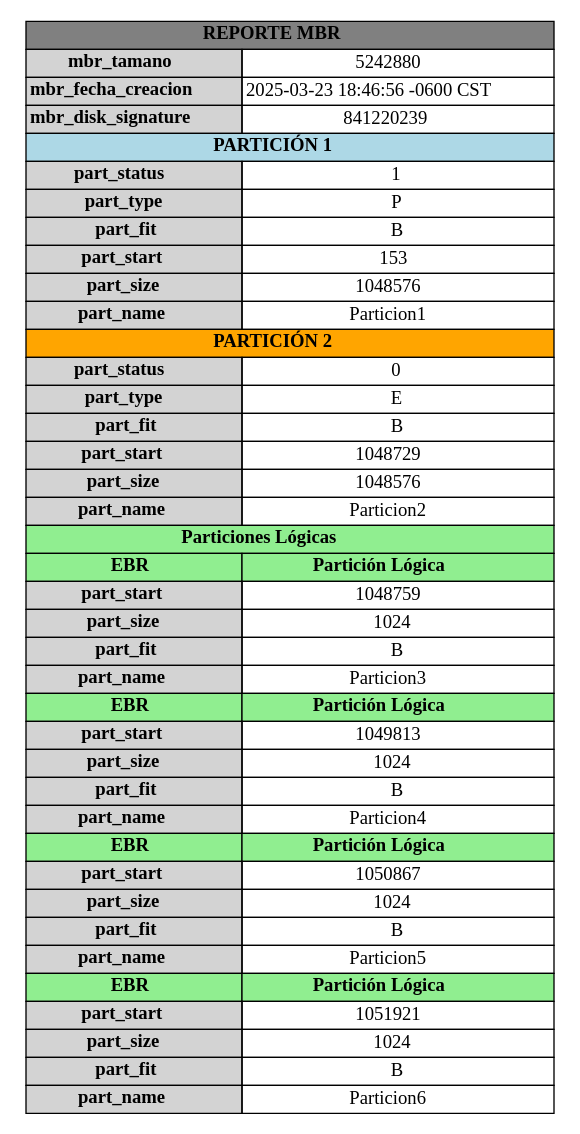
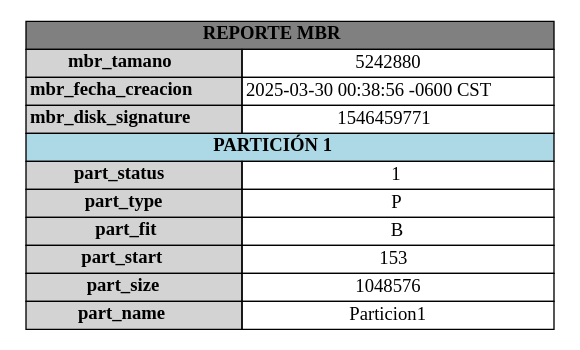
Before and after one commit to Ennero/MIA_1S2025_P1_202302220: the diagram in backend/output/report_mbr.dot, drawn with Graphviz. The commit also changed 23 other files, not shown here.

```diff
--- a/backend/output/report_mbr.dot
+++ b/backend/output/report_mbr.dot
@@ -1,49 +1,17 @@
 digraph G {
     node [shape=plaintext]
     tabla [label=<
         <table border="0" cellborder="1" cellspacing="0">
             <tr><td colspan="2" bgcolor="gray"><b> REPORTE MBR </b></td></tr>
             <tr><td bgcolor="lightgray"><b>mbr_tamano</b></td><td>5242880</td></tr>
-            <tr><td bgcolor="lightgray"><b>mbr_fecha_creacion</b></td><td>2025-03-23 18:46:56 -0600 CST</td></tr>
-            <tr><td bgcolor="lightgray"><b>mbr_disk_signature</b></td><td>841220239</td></tr>
+            <tr><td bgcolor="lightgray"><b>mbr_fecha_creacion</b></td><td>2025-03-30 00:38:56 -0600 CST</td></tr>
+            <tr><td bgcolor="lightgray"><b>mbr_disk_signature</b></td><td>1546459771</td></tr>
         
         <tr><td colspan="2" bgcolor="lightblue"><b> PARTICIÓN 1 </b></td></tr>
         <tr><td bgcolor="lightgray"><b>part_status</b></td><td>1</td></tr>
         <tr><td bgcolor="lightgray"><b>part_type</b></td><td>P</td></tr>
         <tr><td bgcolor="lightgray"><b>part_fit</b></td><td>B</td></tr>
         <tr><td bgcolor="lightgray"><b>part_start</b></td><td>153</td></tr>
         <tr><td bgcolor="lightgray"><b>part_size</b></td><td>1048576</td></tr>
         <tr><td bgcolor="lightgray"><b>part_name</b></td><td>Particion1</td></tr>
-    
-        <tr><td colspan="2" bgcolor="orange"><b> PARTICIÓN 2 </b></td></tr>
-        <tr><td bgcolor="lightgray"><b>part_status</b></td><td>0</td></tr>
-        <tr><td bgcolor="lightgray"><b>part_type</b></td><td>E</td></tr>
-        <tr><td bgcolor="lightgray"><b>part_fit</b></td><td>B</td></tr>
-        <tr><td bgcolor="lightgray"><b>part_start</b></td><td>1048729</td></tr>
-        <tr><td bgcolor="lightgray"><b>part_size</b></td><td>1048576</td></tr>
-        <tr><td bgcolor="lightgray"><b>part_name</b></td><td>Particion2</td></tr>
-    <tr><td colspan="2" bgcolor="lightgreen"><b> Particiones Lógicas </b></td></tr>
-					<tr><td bgcolor="lightgreen"><b>EBR</b></td><td bgcolor="lightgreen"><b>Partición Lógica</b></td></tr>
-                <tr><td bgcolor="lightgray"><b>part_start</b></td><td>1048759</td></tr>
-                <tr><td bgcolor="lightgray"><b>part_size</b></td><td>1024</td></tr>
-                <tr><td bgcolor="lightgray"><b>part_fit</b></td><td>B</td></tr>
-                <tr><td bgcolor="lightgray"><b>part_name</b></td><td>Particion3</td></tr>
-				
-					<tr><td bgcolor="lightgreen"><b>EBR</b></td><td bgcolor="lightgreen"><b>Partición Lógica</b></td></tr>
-                <tr><td bgcolor="lightgray"><b>part_start</b></td><td>1049813</td></tr>
-                <tr><td bgcolor="lightgray"><b>part_size</b></td><td>1024</td></tr>
-                <tr><td bgcolor="lightgray"><b>part_fit</b></td><td>B</td></tr>
-                <tr><td bgcolor="lightgray"><b>part_name</b></td><td>Particion4</td></tr>
-				
-					<tr><td bgcolor="lightgreen"><b>EBR</b></td><td bgcolor="lightgreen"><b>Partición Lógica</b></td></tr>
-                <tr><td bgcolor="lightgray"><b>part_start</b></td><td>1050867</td></tr>
-                <tr><td bgcolor="lightgray"><b>part_size</b></td><td>1024</td></tr>
-                <tr><td bgcolor="lightgray"><b>part_fit</b></td><td>B</td></tr>
-                <tr><td bgcolor="lightgray"><b>part_name</b></td><td>Particion5</td></tr>
-				
-					<tr><td bgcolor="lightgreen"><b>EBR</b></td><td bgcolor="lightgreen"><b>Partición Lógica</b></td></tr>
-                <tr><td bgcolor="lightgray"><b>part_start</b></td><td>1051921</td></tr>
-                <tr><td bgcolor="lightgray"><b>part_size</b></td><td>1024</td></tr>
-                <tr><td bgcolor="lightgray"><b>part_fit</b></td><td>B</td></tr>
-                <tr><td bgcolor="lightgray"><b>part_name</b></td><td>Particion6</td></tr>
-				</table>>] }
+    </table>>] }
```
